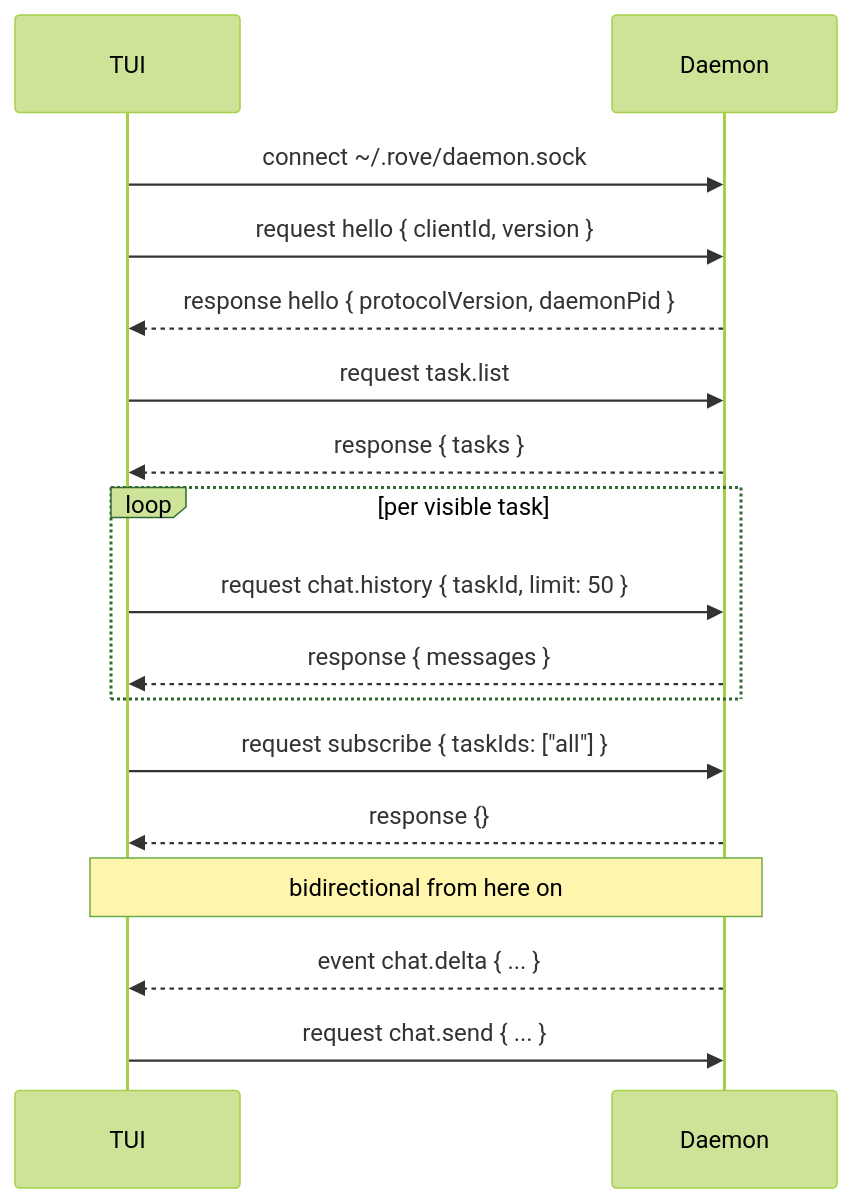
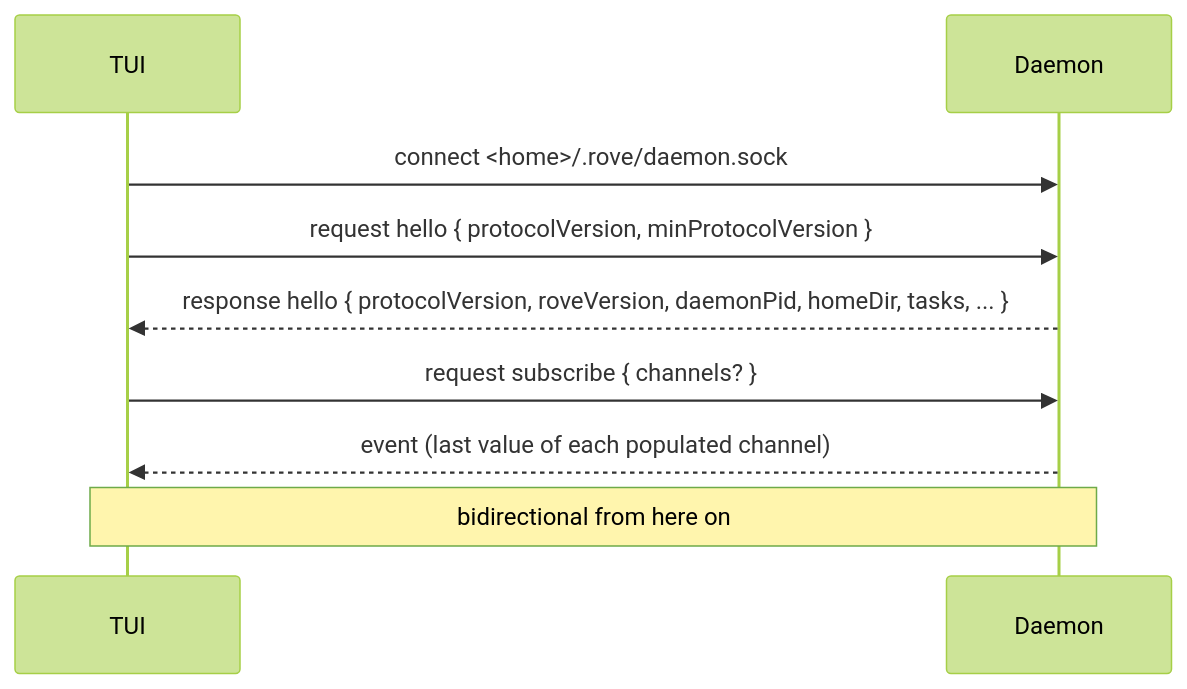
One commit to Sma1lboy/rove changed the second of 2 diagrams in docs/design/daemon.md. Above: the diagram before and after it, drawn with Mermaid (forest theme). The commit also changed other lines of this file and 1 other file, not shown here.

First line of the commit message:
docs: bring daemon.md and pty-freeze.md in line with the daemon code

````diff
--- a/docs/design/daemon.md
+++ b/docs/design/daemon.md
@@ -142,24 +118,14 @@
 ```mermaid
 sequenceDiagram
   participant TUI
   participant Daemon
 
-  TUI->>Daemon: connect ~/.rove/daemon.sock
-  TUI->>Daemon: request hello { clientId, version }
-  Daemon-->>TUI: response hello { protocolVersion, daemonPid }
+  TUI->>Daemon: connect <home>/.rove/daemon.sock
+  TUI->>Daemon: request hello { protocolVersion, minProtocolVersion }
+  Daemon-->>TUI: response hello { protocolVersion, roveVersion, daemonPid, homeDir, tasks, ... }
 
-  TUI->>Daemon: request task.list
-  Daemon-->>TUI: response { tasks }
-
-  loop per visible task
-    TUI->>Daemon: request chat.history { taskId, limit: 50 }
-    Daemon-->>TUI: response { messages }
-  end
-
-  TUI->>Daemon: request subscribe { taskIds: ["all"] }
-  Daemon-->>TUI: response {}
+  TUI->>Daemon: request subscribe { channels? }
+  Daemon-->>TUI: event (last value of each populated channel)
 
   Note over TUI,Daemon: bidirectional from here on
-  Daemon-->>TUI: event chat.delta { ... }
-  TUI->>Daemon: request chat.send { ... }
 ```
````
